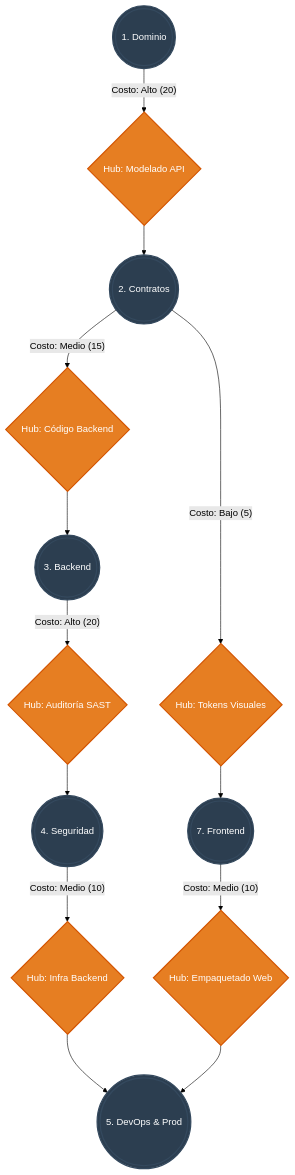
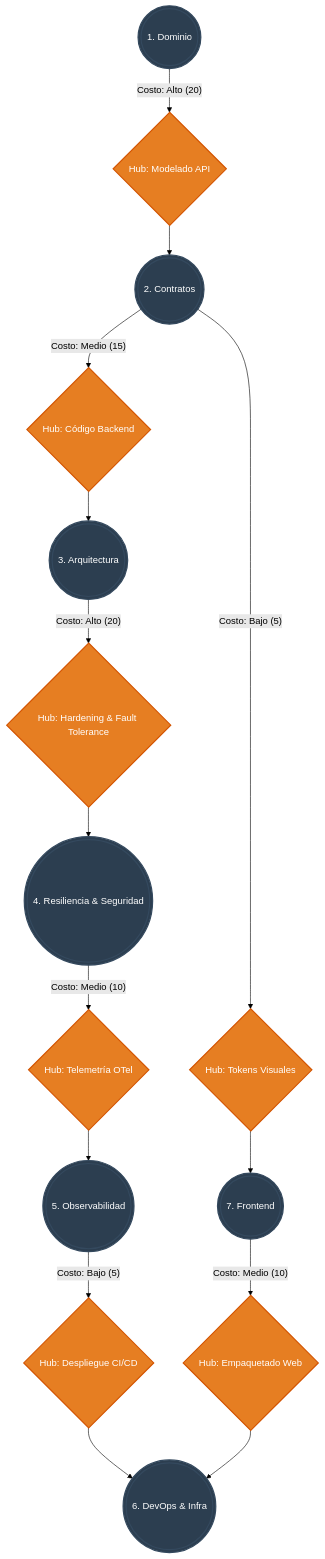
The diagram in 00-Mapa-Ruteo-Dijkstra.md (NezerkC/voveda-arquitectura-), drawn with Mermaid (forest theme) before and after one commit. The commit also changed other lines of this file and 28 other files, not shown here.

Commit message:
refactor(vault): sanitize architecture vault and unify 7-phase taxonomy

````diff
--- a/00-Mapa-Ruteo-Dijkstra.md
+++ b/00-Mapa-Ruteo-Dijkstra.md
@@ -17,30 +17,33 @@
 ```mermaid
 graph TD
     classDef pilar fill:#2c3e50,stroke:#34495e,stroke-width:2px,color:#fff,shape:circle;
     classDef hub fill:#e67e22,stroke:#d35400,stroke-width:2px,color:#fff,shape:hexagon;
 
-    %% Pilares (Nodos de Estado)
+    %% Pilares (Nodos de Estado Canónicos)
     P1(((1. Dominio))):::pilar
     P2(((2. Contratos))):::pilar
-    P3(((3. Backend))):::pilar
+    P3(((3. Arquitectura))):::pilar
+    P4(((4. Resiliencia & Seguridad))):::pilar
+    P5(((5. Observabilidad))):::pilar
+    P6(((6. DevOps & Infra))):::pilar
     P7(((7. Frontend))):::pilar
-    P4(((4. Seguridad))):::pilar
-    P5(((5. DevOps & Prod))):::pilar
 
     %% Hubs Transicionales (Gateways de ruteo)
     H1_2{Hub: Modelado API}:::hub
     H2_3{Hub: Código Backend}:::hub
     H2_7{Hub: Tokens Visuales}:::hub
-    H3_4{Hub: Auditoría SAST}:::hub
-    H7_5{Hub: Empaquetado Web}:::hub
-    H4_5{Hub: Infra Backend}:::hub
+    H3_4{Hub: Hardening & Fault Tolerance}:::hub
+    H4_5{Hub: Telemetría OTel}:::hub
+    H5_6{Hub: Despliegue CI/CD}:::hub
+    H7_6{Hub: Empaquetado Web}:::hub
 
     %% Rutas y Pesos (Dijkstra Cost)
     P1 -- "Costo: Alto (20)" --> H1_2 --> P2
     P2 -- "Costo: Medio (15)" --> H2_3 --> P3
     P2 -- "Costo: Bajo (5)"  --> H2_7 --> P7
     
     P3 -- "Costo: Alto (20)" --> H3_4 --> P4
     P4 -- "Costo: Medio (10)" --> H4_5 --> P5
-    P7 -- "Costo: Medio (10)" --> H7_5 --> P5
+    P5 -- "Costo: Bajo (5)" --> H5_6 --> P6
+    P7 -- "Costo: Medio (10)" --> H7_6 --> P6
 ```
````
